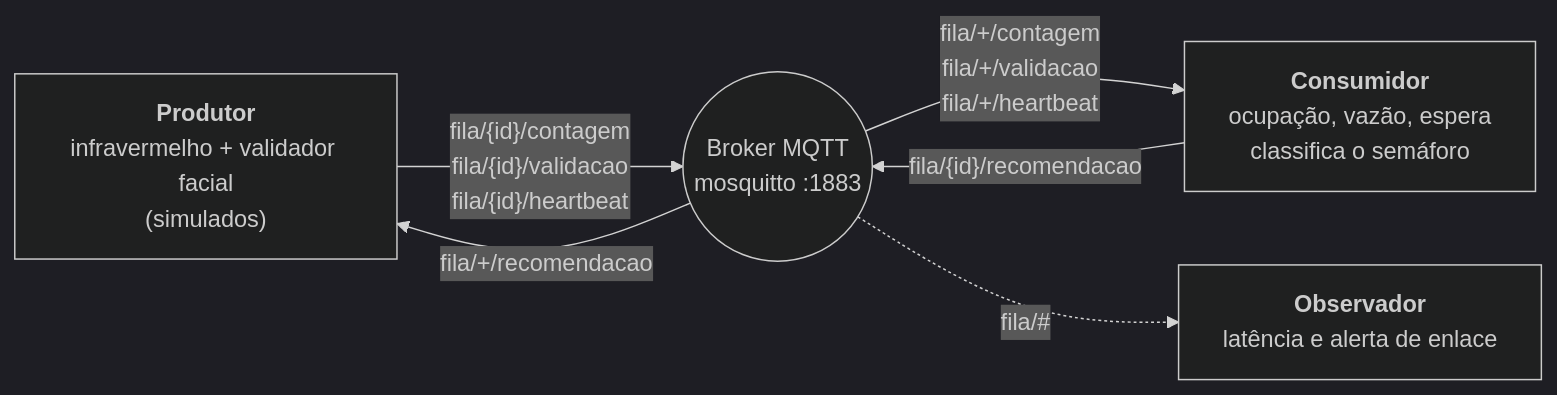
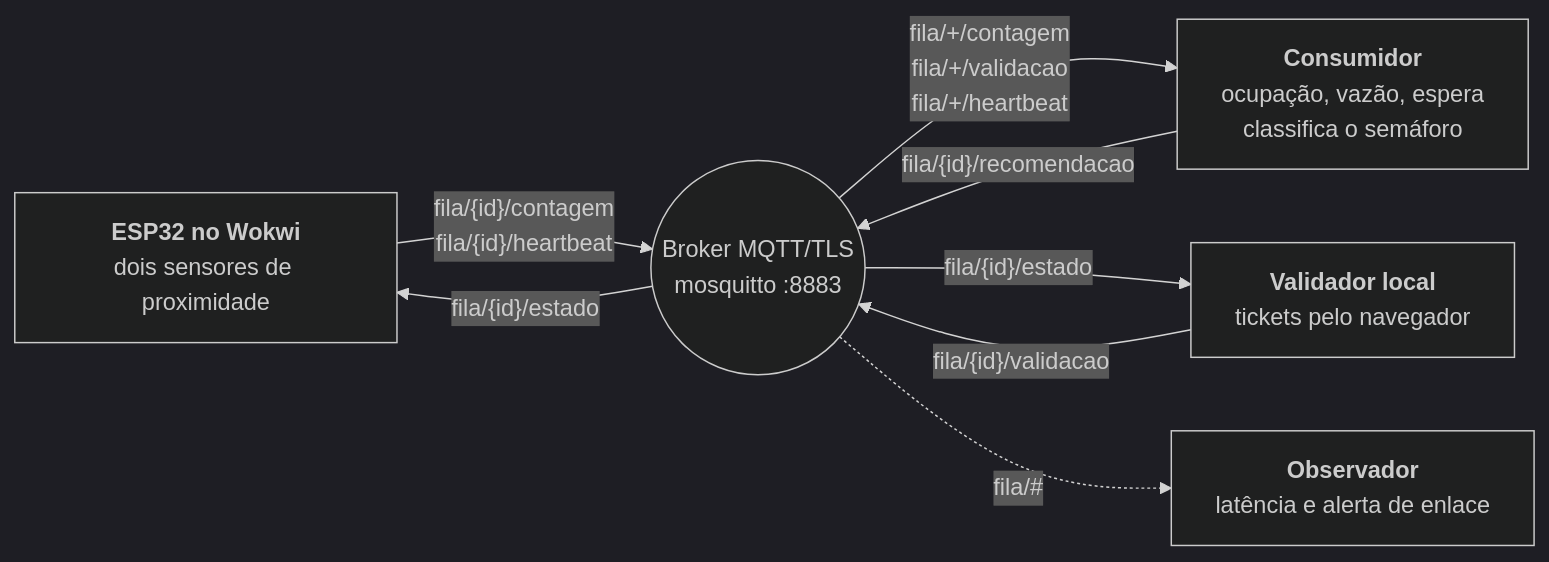
One commit to UFG-INF-SSU-2026/Leite-de-Pedra changed the diagram in README.md. Above: the diagram before and after it, drawn with Mermaid (dark theme). The commit also changed other lines of this file, not shown here.

````diff
--- a/README.md
+++ b/README.md
@@ -12,13 +12,16 @@
 ```mermaid
 flowchart LR
-    P["<b>Produtor</b><br/>infravermelho + validador facial<br/>(simulados)"]
-    B(("Broker MQTT<br/>mosquitto :1883"))
+    P["<b>ESP32 no Wokwi</b><br/>dois sensores de proximidade"]
+    V["<b>Validador local</b><br/>tickets pelo navegador"]
+    B(("Broker MQTT/TLS<br/>mosquitto :8883"))
     C["<b>Consumidor</b><br/>ocupação, vazão, espera<br/>classifica o semáforo"]
     O["<b>Observador</b><br/>latência e alerta de enlace"]
 
-    P -- "fila/{id}/contagem<br/>fila/{id}/validacao<br/>fila/{id}/heartbeat" --> B
+    P -- "fila/{id}/contagem<br/>fila/{id}/heartbeat" --> B
+    V -- "fila/{id}/validacao" --> B
     B -- "fila/+/contagem<br/>fila/+/validacao<br/>fila/+/heartbeat" --> C
     C -- "fila/{id}/recomendacao" --> B
-    B -- "fila/+/recomendacao" --> P
+    B -- "fila/{id}/estado" --> P
+    B -- "fila/{id}/estado" --> V
     B -. "fila/#" .-> O
 ```
````
